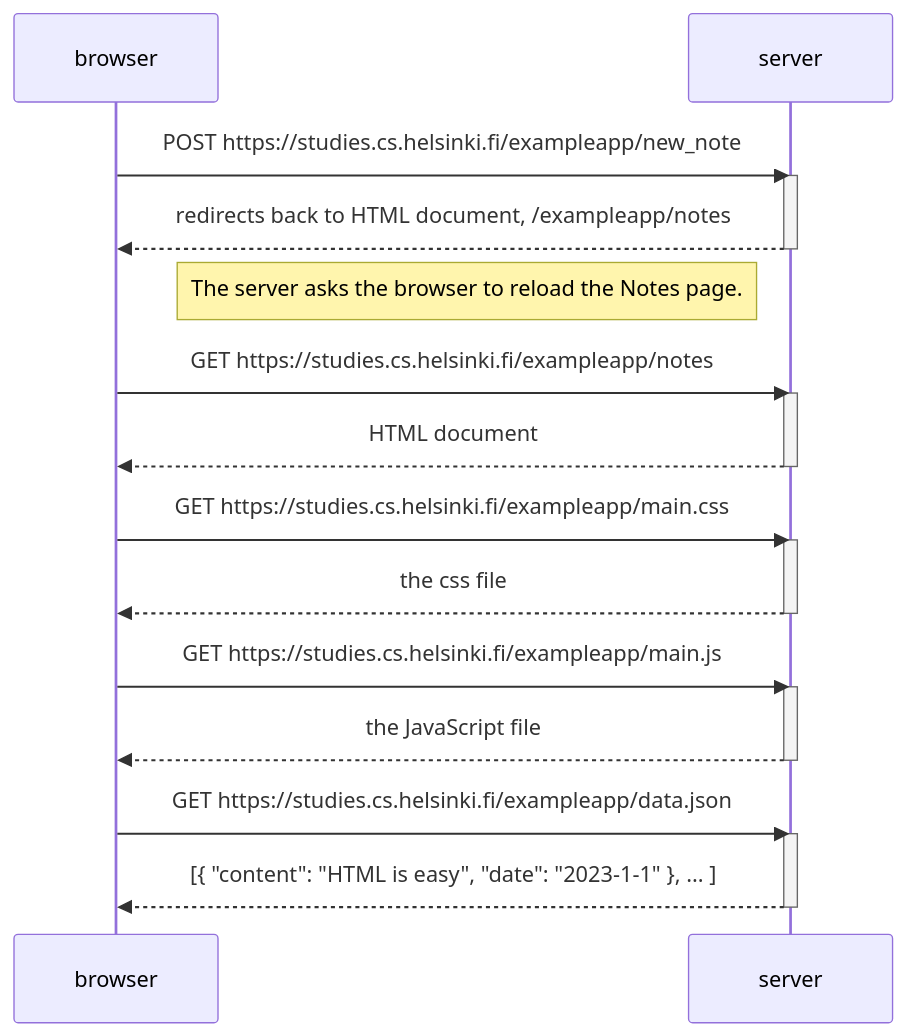
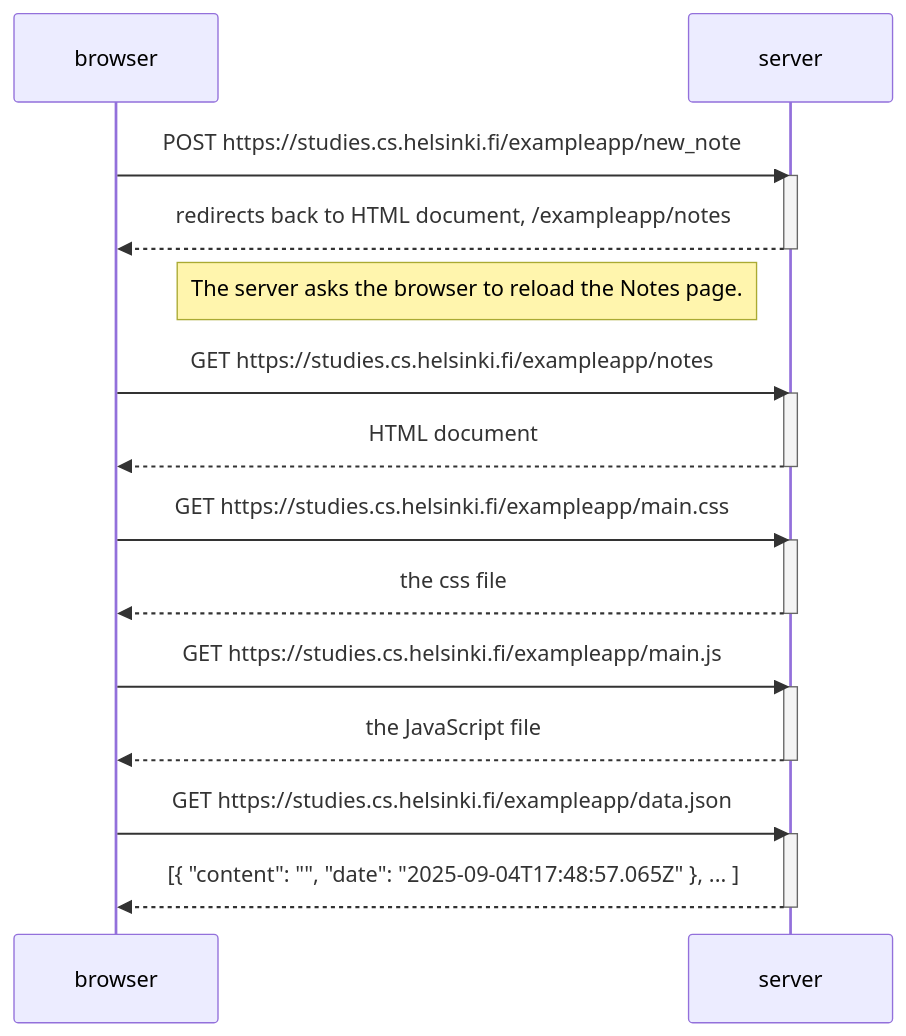
Before and after one commit to mishalyn-mei-ilmeng/part0-fullstackopen: the diagram in 04.md, drawn with Mermaid.

````diff
--- a/04.md
+++ b/04.md
@@ -1,32 +1,32 @@
 ```mermaid
 sequenceDiagram
     participant browser
     participant server
 
     browser->>server: POST https://studies.cs.helsinki.fi/exampleapp/new_note
     activate server
     server-->>browser: redirects back to HTML document, /exampleapp/notes
     deactivate server
 
     Note left of server: The server asks the browser to reload the Notes page.
 
     browser->>server: GET https://studies.cs.helsinki.fi/exampleapp/notes
     activate server
     server-->>browser: HTML document
     deactivate server
 
     browser->>server: GET https://studies.cs.helsinki.fi/exampleapp/main.css
     activate server
     server-->>browser: the css file
     deactivate server
 
     browser->>server: GET https://studies.cs.helsinki.fi/exampleapp/main.js
     activate server
     server-->>browser: the JavaScript file
     deactivate server
 
     browser->>server: GET https://studies.cs.helsinki.fi/exampleapp/data.json
     activate server
-    server-->>browser: [{ "content": "HTML is easy", "date": "2023-1-1" }, ... ]
+    server-->>browser: [{ "content": "", "date": "2025-09-04T17:48:57.065Z" }, ... ]
     deactivate server
 ```
````
